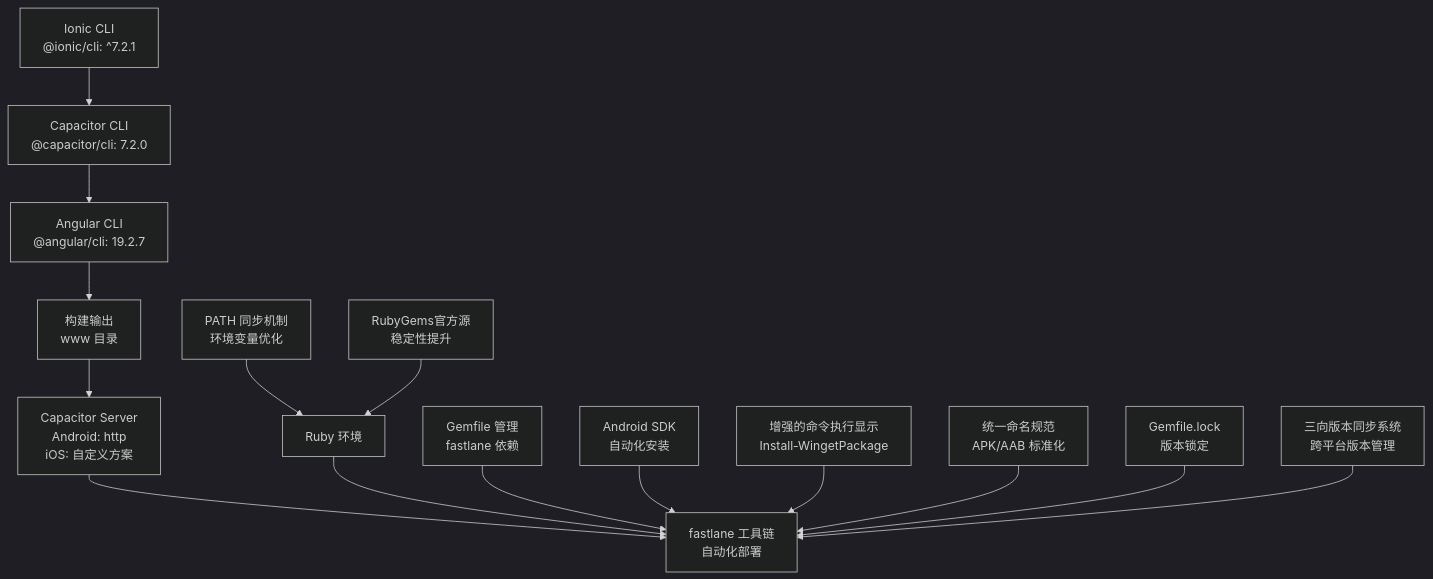
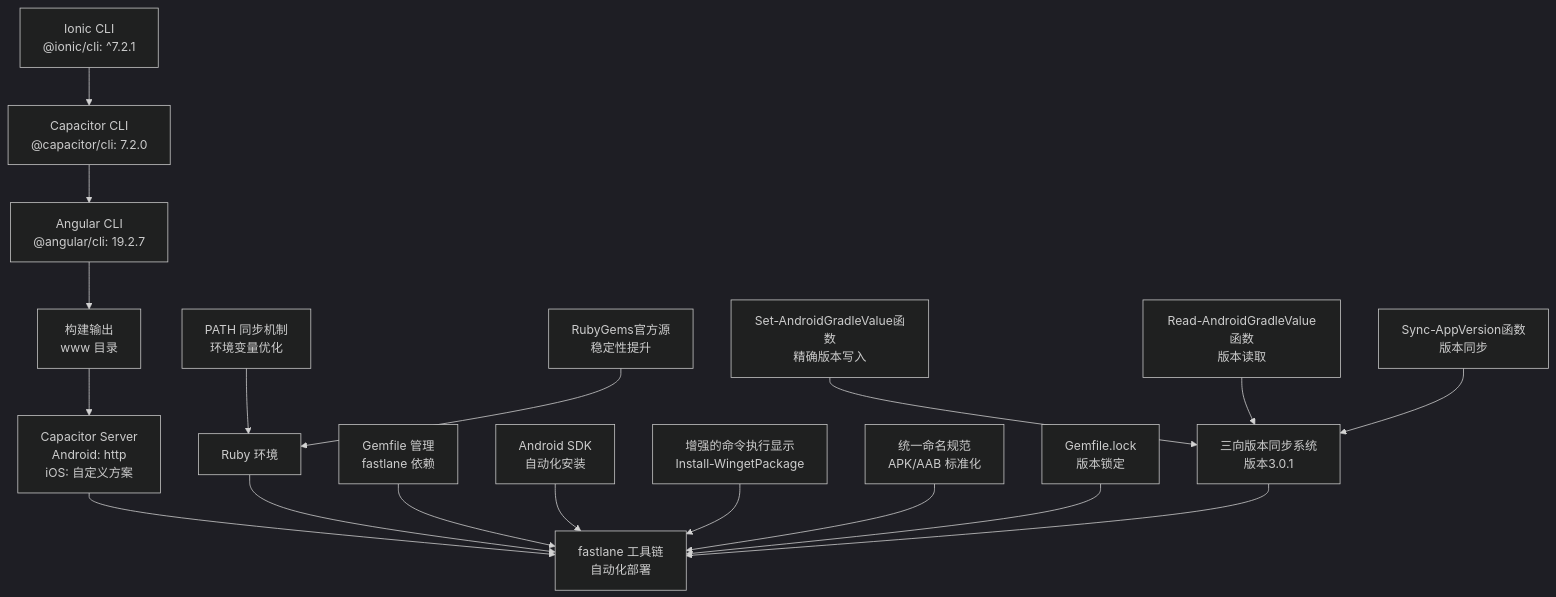
Before and after one commit to tea4go/Macro-Deck-Client-App: the third of 6 diagrams in .qoder/repowiki/zh/content/构建与部署/构建配置.md, drawn with Mermaid (dark theme). The commit also changed other lines of this file and 8 other files, not shown here.

````diff
--- a/.qoder/repowiki/zh/content/构建与部署/构建配置.md
+++ b/.qoder/repowiki/zh/content/构建与部署/构建配置.md
@@ -344,17 +354,20 @@
 ```mermaid
 graph TB
 A["Ionic CLI<br/>@ionic/cli: ^7.2.1"] --> B["Capacitor CLI<br/>@capacitor/cli: 7.2.0"]
 B --> C["Angular CLI<br/>@angular/cli: 19.2.7"]
 C --> D["构建输出<br/>www 目录"]
 D --> E["Capacitor Server<br/>Android: http<br/>iOS: 自定义方案"]
 E --> F["fastlane 工具链<br/>自动化部署"]
 G["Ruby 环境"] --> F
 H["Gemfile 管理<br/>fastlane 依赖"] --> F
 I["Android SDK<br/>自动化安装"] --> F
 J["PATH 同步机制<br/>环境变量优化"] --> G
 K["增强的命令执行显示<br/>Install-WingetPackage"] --> F
 L["统一命名规范<br/>APK/AAB 标准化"] --> F
 M["Gemfile.lock<br/>版本锁定"] --> F
 N["RubyGems官方源<br/>稳定性提升"] --> G
-O["三向版本同步系统<br/>跨平台版本管理"] --> F
+O["三向版本同步系统<br/>版本3.0.1"] --> F
+P["Set-AndroidGradleValue函数<br/>精确版本写入"] --> O
+Q["Read-AndroidGradleValue函数<br/>版本读取"] --> O
+R["Sync-AppVersion函数<br/>版本同步"] --> O
 ```
````
